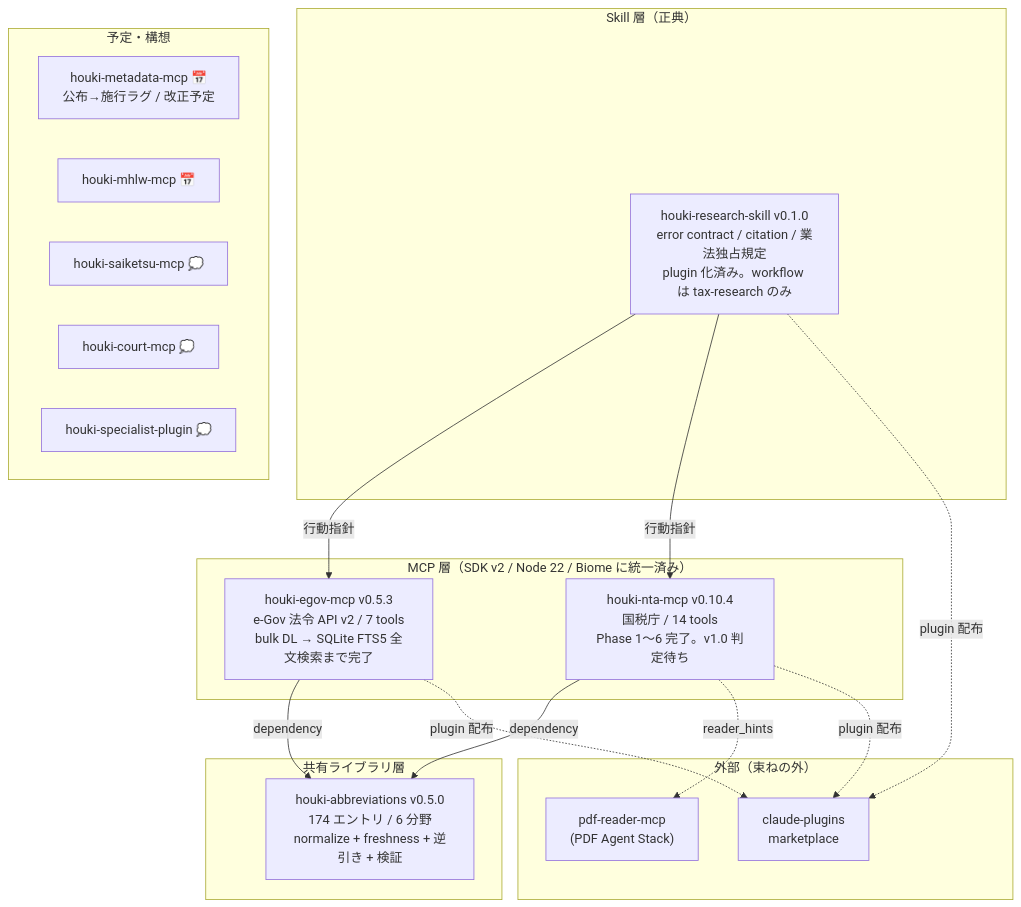
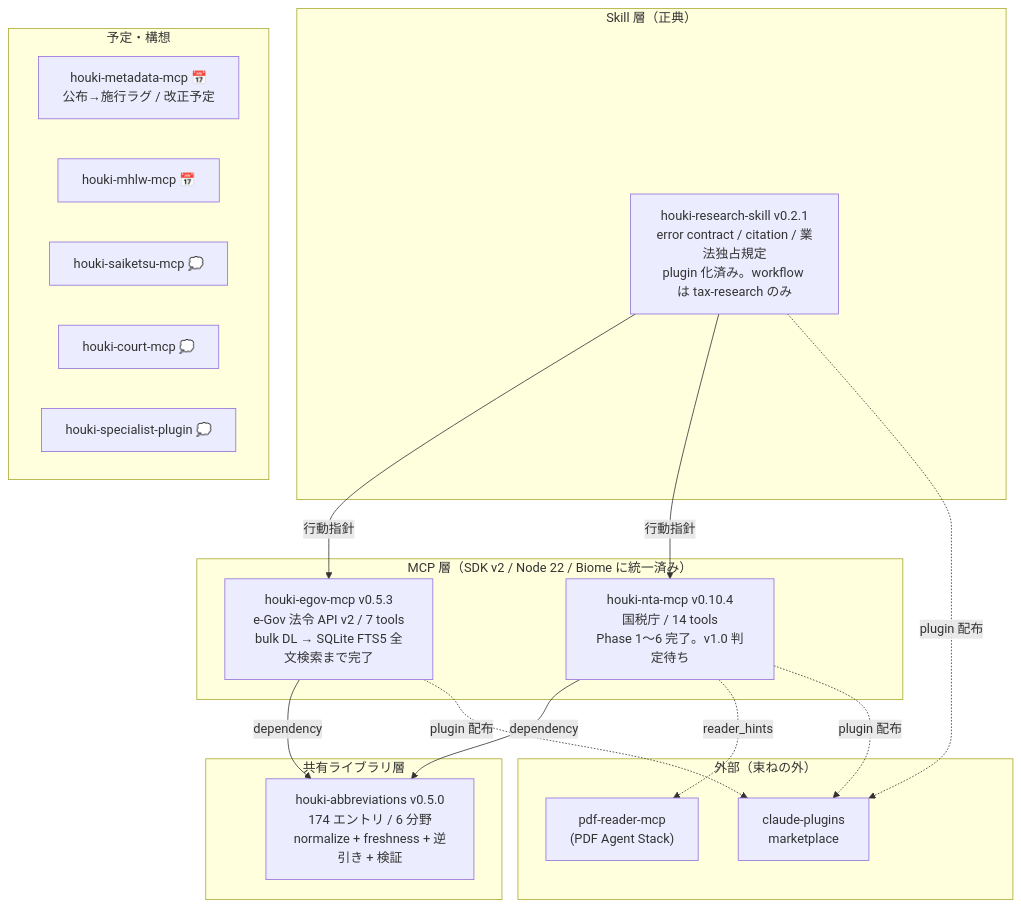
One commit to shuji-bonji/houki-hub changed the diagram in docs/ROADMAP.md. Above: the diagram before and after it, drawn with Mermaid. The commit also changed other lines of this file and 4 other files, not shown here.

First line of the commit message:
docs: houki-research-skill を 0.2.1 に、現状と予定の日付を 2026-09-08 に

````diff
--- a/docs/ROADMAP.md
+++ b/docs/ROADMAP.md
@@ -8,28 +8,28 @@
 ```mermaid
 graph TB
     subgraph Skill層["Skill 層（正典）"]
-        SKILL["houki-research-skill v0.1.0<br/>error contract / citation / 業法独占規定<br/>plugin 化済み。workflow は tax-research のみ"]
+        SKILL["houki-research-skill v0.2.1<br/>error contract / citation / 業法独占規定<br/>plugin 化済み。workflow は tax-research のみ"]
     end
     subgraph MCP層["MCP 層（SDK v2 / Node 22 / Biome に統一済み）"]
         EGOV["houki-egov-mcp v0.5.3<br/>e-Gov 法令 API v2 / 7 tools<br/>bulk DL → SQLite FTS5 全文検索まで完了"]
         NTA["houki-nta-mcp v0.10.4<br/>国税庁 / 14 tools<br/>Phase 1〜6 完了。v1.0 判定待ち"]
     end
     subgraph 共有層["共有ライブラリ層"]
         ABBR["houki-abbreviations v0.5.0<br/>174 エントリ / 6 分野<br/>normalize + freshness + 逆引き + 検証"]
     end
     subgraph 外部["外部（束ねの外）"]
         PDF["pdf-reader-mcp<br/>(PDF Agent Stack)"]
         PLUGINS["claude-plugins<br/>marketplace"]
     end
     SKILL -->|行動指針| EGOV & NTA
     EGOV & NTA -->|dependency| ABBR
     NTA -.->|reader_hints| PDF
     EGOV & NTA & SKILL -.->|plugin 配布| PLUGINS
     subgraph 将来["予定・構想"]
         META["houki-metadata-mcp 📅<br/>公布→施行ラグ / 改正予定"]
         MHLW["houki-mhlw-mcp 📅"]
         SAIKETSU["houki-saiketsu-mcp 💭"]
         COURT["houki-court-mcp 💭"]
         AGENT["houki-specialist-plugin 💭"]
     end
 ```
````
